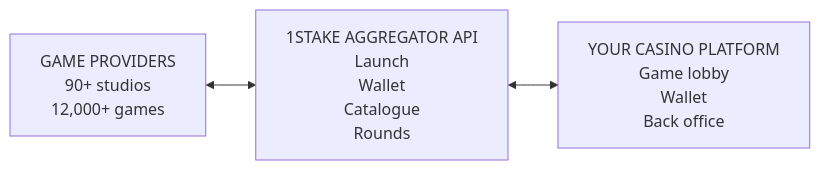
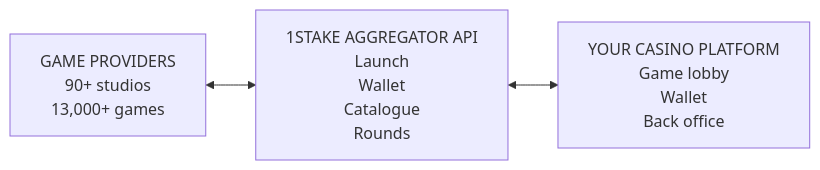
One commit to 1stake/casino-game-aggregator-api changed the diagram in README.md. Above: the diagram before and after it, drawn with Mermaid. The commit also changed other lines of this file, not shown here.

````diff
--- a/README.md
+++ b/README.md
@@ -17,7 +17,7 @@
 ```mermaid
 flowchart LR
-    P["GAME PROVIDERS<br/>90+ studios<br/>12,000+ games"]
+    P["GAME PROVIDERS<br/>90+ studios<br/>13,000+ games"]
     A["1STAKE AGGREGATOR API<br/>Launch<br/>Wallet<br/>Catalogue<br/>Rounds"]
     O["YOUR CASINO PLATFORM<br/>Game lobby<br/>Wallet<br/>Back office"]
     P <--> A <--> O
 ```
````
